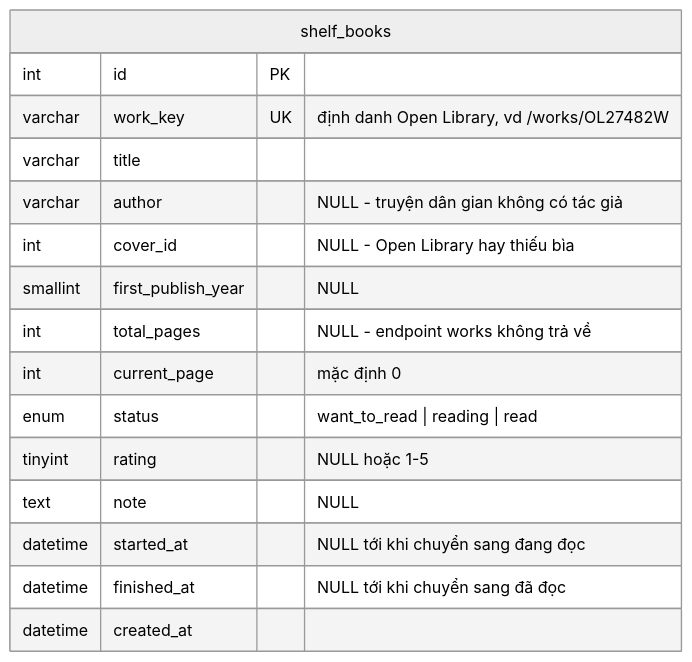
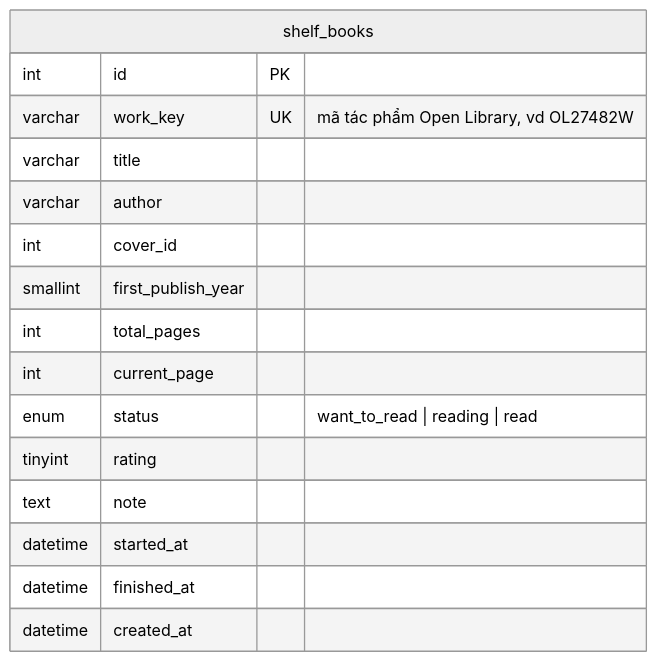
Before and after one commit to bangthdev/mini-reading-tracker: the second of 2 diagrams in README.md, drawn with Mermaid (neutral theme). The commit also changed other lines of this file and 6 other files, not shown here.

````diff
--- a/README.md
+++ b/README.md
@@ -67,19 +83,19 @@
 ```mermaid
 erDiagram
     shelf_books {
         int id PK
-        varchar work_key UK "định danh Open Library, vd /works/OL27482W"
+        varchar work_key UK "mã tác phẩm Open Library, vd OL27482W"
         varchar title
-        varchar author "NULL - truyện dân gian không có tác giả"
-        int cover_id "NULL - Open Library hay thiếu bìa"
-        smallint first_publish_year "NULL"
-        int total_pages "NULL - endpoint works không trả về"
-        int current_page "mặc định 0"
+        varchar author
+        int cover_id
+        smallint first_publish_year
+        int total_pages
+        int current_page
         enum status "want_to_read | reading | read"
-        tinyint rating "NULL hoặc 1-5"
-        text note "NULL"
-        datetime started_at "NULL tới khi chuyển sang đang đọc"
-        datetime finished_at "NULL tới khi chuyển sang đã đọc"
+        tinyint rating
+        text note
+        datetime started_at
+        datetime finished_at
         datetime created_at
     }
 ```
````
